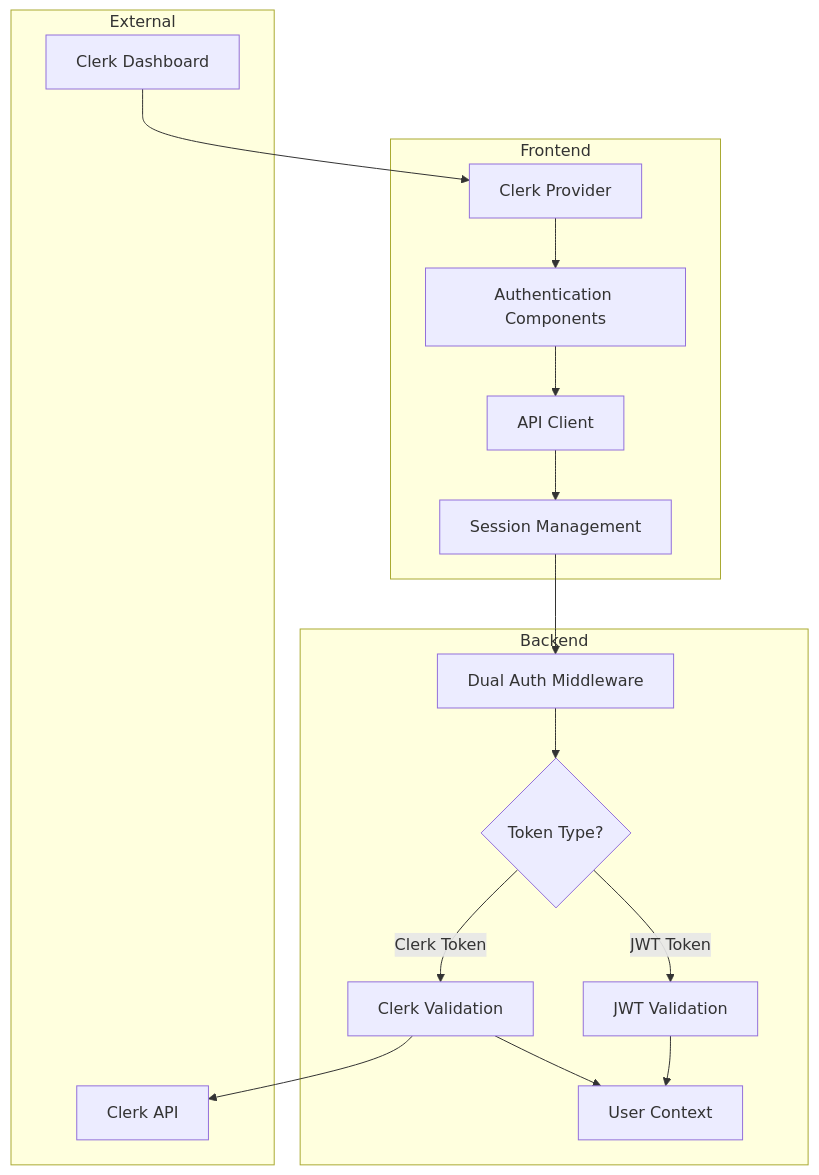
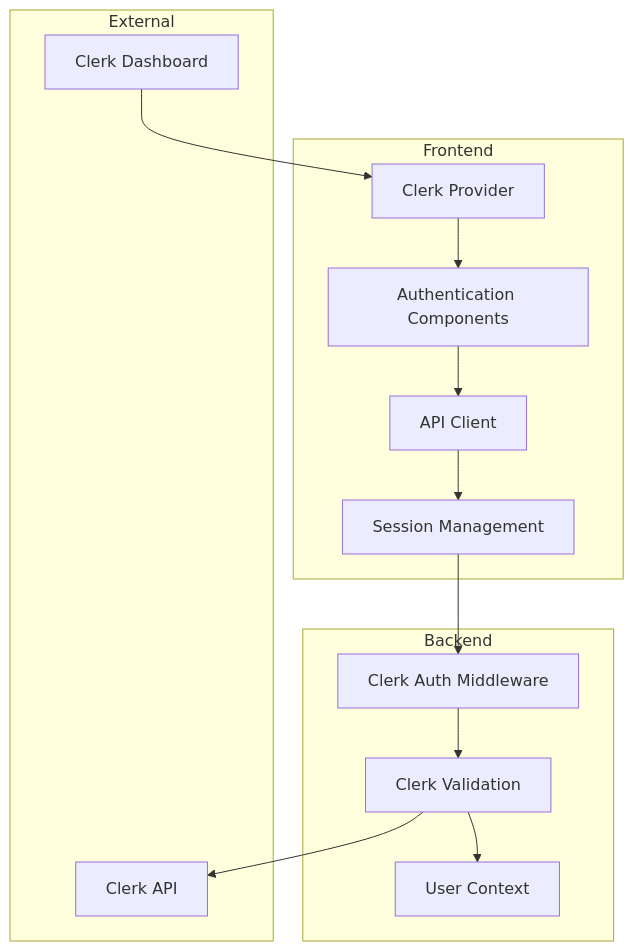
Before and after one commit to RelativeSure/LeafLock: the diagram in docs/src/content/docs/authentication/implementation.mdx, drawn with Mermaid. The commit also changed other lines of this file and 32 other files, not shown here.

````diff
--- a/docs/src/content/docs/authentication/implementation.mdx
+++ b/docs/src/content/docs/authentication/implementation.mdx
@@ -14,26 +14,23 @@
 ```mermaid
 graph TB
     subgraph "Frontend"
         A[Clerk Provider] --> B[Authentication Components]
         B --> C[API Client]
         C --> D[Session Management]
     end
     
     subgraph "Backend"
-        E[Dual Auth Middleware] --> F{Token Type?}
-        F -->|Clerk Token| G[Clerk Validation]
-        F -->|JWT Token| H[JWT Validation]
-        G --> I[User Context]
-        H --> I
+        E[Clerk Auth Middleware] --> F[Clerk Validation]
+        F --> G[User Context]
     end
     
     subgraph "External"
-        J[Clerk API]
-        K[Clerk Dashboard]
+        H[Clerk API]
+        I[Clerk Dashboard]
     end
     
-    G --> J
-    K --> A
+    F --> H
+    I --> A
     
     D --> E
 ```
````
